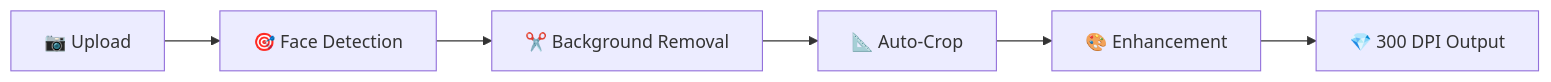
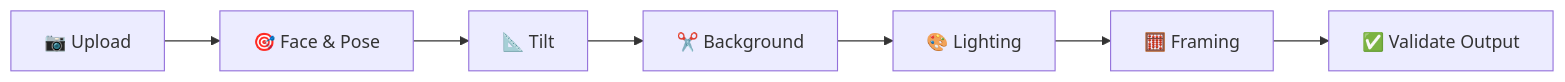
Before and after one commit to pointzt/visachinagen: the diagram in README.md, drawn with Mermaid. The commit also changed other lines of this file and 82 other files, not shown here.

````diff
--- a/README.md
+++ b/README.md
@@ -84,8 +82,9 @@
 ```mermaid
 graph LR
-    A[📷 Upload] --> B[🎯 Face Detection]
-    B --> C[✂️ Background Removal]
-    C --> D[📐 Auto-Crop]
-    D --> E[🎨 Enhancement]
-    E --> F[💎 300 DPI Output]
+    A[📷 Upload] --> B[🎯 Face & Pose]
+    B --> C[📐 Tilt]
+    C --> D[✂️ Background]
+    D --> E[🎨 Lighting]
+    E --> F[🧮 Framing]
+    F --> G[✅ Validate Output]
 ```
````
